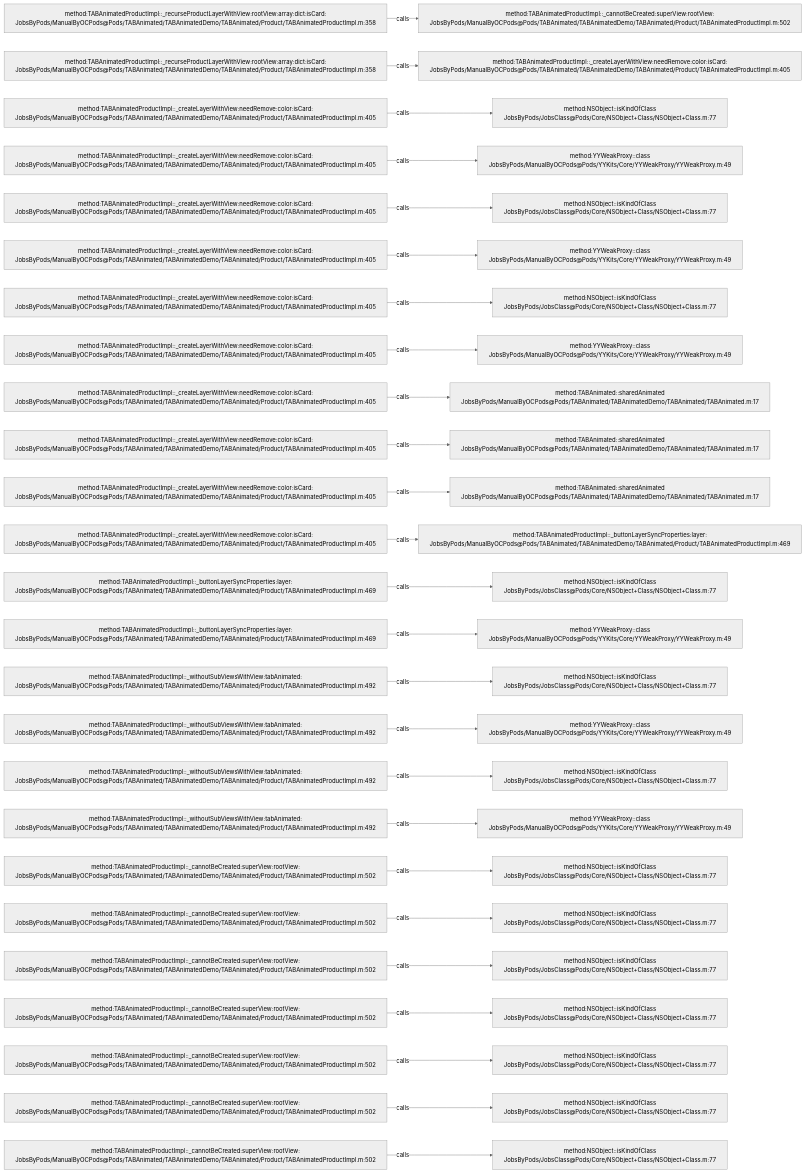
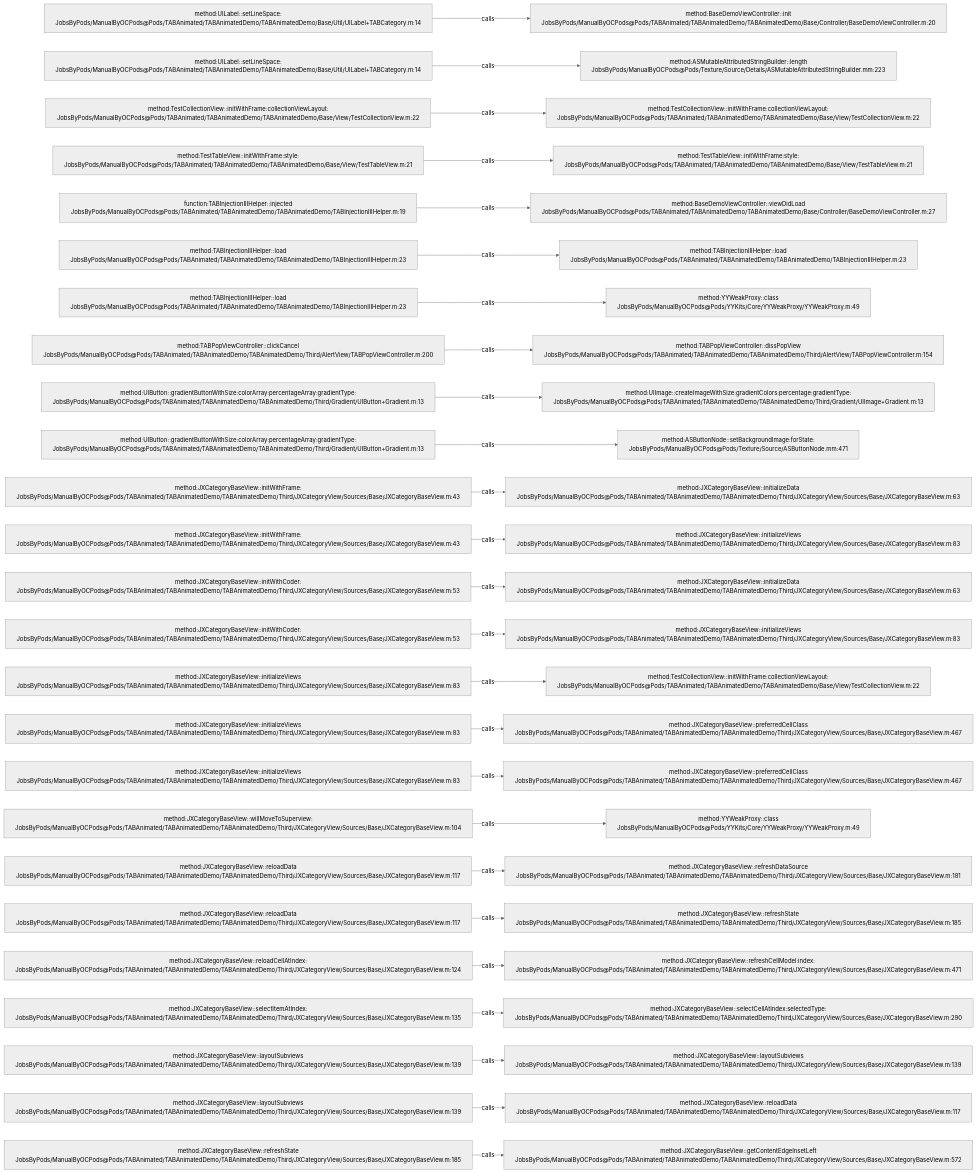
Before and after one commit to JobsKits/JobsOCBaseConfigDemo: the diagram in .codegraph/codegraph.md/graphs/calls-028.md, drawn with Mermaid (neutral theme). The commit also changed 2723 other files, not shown here.

````diff
--- a/.codegraph/codegraph.md/graphs/calls-028.md
+++ b/.codegraph/codegraph.md/graphs/calls-028.md
@@ -13,78 +13,78 @@
 ```mermaid
 flowchart LR
-  S1["method:TABAnimatedProductImpl::_recurseProductLayerWithView:rootView:array:dict:isCard:<br/>JobsByPods/ManualByOCPods@Pods/TABAnimated/TABAnimatedDemo/TABAnimated/Product/TABAnimatedProductImpl.m:358"]
-  T1["method:TABAnimatedProductImpl::_cannotBeCreated:superView:rootView:<br/>JobsByPods/ManualByOCPods@Pods/TABAnimated/TABAnimatedDemo/TABAnimated/Product/TABAnimatedProductImpl.m:502"]
+  S1["method:UILabel::setLineSpace:<br/>JobsByPods/ManualByOCPods@Pods/TABAnimated/TABAnimatedDemo/TABAnimatedDemo/Base/Util/UILabel+TABCategory.m:14"]
+  T1["method:BaseDemoViewController::init<br/>JobsByPods/ManualByOCPods@Pods/TABAnimated/TABAnimatedDemo/TABAnimatedDemo/Base/Controller/BaseDemoViewController.m:20"]
   S1 -->|calls| T1
-  S2["method:TABAnimatedProductImpl::_recurseProductLayerWithView:rootView:array:dict:isCard:<br/>JobsByPods/ManualByOCPods@Pods/TABAnimated/TABAnimatedDemo/TABAnimated/Product/TABAnimatedProductImpl.m:358"]
-  T2["method:TABAnimatedProductImpl::_createLayerWithView:needRemove:color:isCard:<br/>JobsByPods/ManualByOCPods@Pods/TABAnimated/TABAnimatedDemo/TABAnimated/Product/TABAnimatedProductImpl.m:405"]
+  S2["method:UILabel::setLineSpace:<br/>JobsByPods/ManualByOCPods@Pods/TABAnimated/TABAnimatedDemo/TABAnimatedDemo/Base/Util/UILabel+TABCategory.m:14"]
+  T2["method:ASMutableAttributedStringBuilder::length<br/>JobsByPods/ManualByOCPods@Pods/Texture/Source/Details/ASMutableAttributedStringBuilder.mm:223"]
   S2 -->|calls| T2
-  S3["method:TABAnimatedProductImpl::_createLayerWithView:needRemove:color:isCard:<br/>JobsByPods/ManualByOCPods@Pods/TABAnimated/TABAnimatedDemo/TABAnimated/Product/TABAnimatedProductImpl.m:405"]
-  T3["method:NSObject::isKindOfClass<br/>JobsByPods/JobsClass@Pods/Core/NSObject+Class/NSObject+Class.m:77"]
+  S3["method:TestCollectionView::initWithFrame:collectionViewLayout:<br/>JobsByPods/ManualByOCPods@Pods/TABAnimated/TABAnimatedDemo/TABAnimatedDemo/Base/View/TestCollectionView.m:22"]
+  T3["method:TestCollectionView::initWithFrame:collectionViewLayout:<br/>JobsByPods/ManualByOCPods@Pods/TABAnimated/TABAnimatedDemo/TABAnimatedDemo/Base/View/TestCollectionView.m:22"]
   S3 -->|calls| T3
-  S4["method:TABAnimatedProductImpl::_createLayerWithView:needRemove:color:isCard:<br/>JobsByPods/ManualByOCPods@Pods/TABAnimated/TABAnimatedDemo/TABAnimated/Product/TABAnimatedProductImpl.m:405"]
-  T4["method:YYWeakProxy::class<br/>JobsByPods/ManualByOCPods@Pods/YYKits/Core/YYWeakProxy/YYWeakProxy.m:49"]
+  S4["method:TestTableView::initWithFrame:style:<br/>JobsByPods/ManualByOCPods@Pods/TABAnimated/TABAnimatedDemo/TABAnimatedDemo/Base/View/TestTableView.m:21"]
+  T4["method:TestTableView::initWithFrame:style:<br/>JobsByPods/ManualByOCPods@Pods/TABAnimated/TABAnimatedDemo/TABAnimatedDemo/Base/View/TestTableView.m:21"]
   S4 -->|calls| T4
-  S5["method:TABAnimatedProductImpl::_createLayerWithView:needRemove:color:isCard:<br/>JobsByPods/ManualByOCPods@Pods/TABAnimated/TABAnimatedDemo/TABAnimated/Product/TABAnimatedProductImpl.m:405"]
-  T5["method:NSObject::isKindOfClass<br/>JobsByPods/JobsClass@Pods/Core/NSObject+Class/NSObject+Class.m:77"]
+  S5["function:TABInjectionIIIHelper::injected<br/>JobsByPods/ManualByOCPods@Pods/TABAnimated/TABAnimatedDemo/TABAnimatedDemo/TABInjectionIIIHelper.m:19"]
+  T5["method:BaseDemoViewController::viewDidLoad<br/>JobsByPods/ManualByOCPods@Pods/TABAnimated/TABAnimatedDemo/TABAnimatedDemo/Base/Controller/BaseDemoViewController.m:27"]
   S5 -->|calls| T5
-  S6["method:TABAnimatedProductImpl::_createLayerWithView:needRemove:color:isCard:<br/>JobsByPods/ManualByOCPods@Pods/TABAnimated/TABAnimatedDemo/TABAnimated/Product/TABAnimatedProductImpl.m:405"]
-  T6["method:YYWeakProxy::class<br/>JobsByPods/ManualByOCPods@Pods/YYKits/Core/YYWeakProxy/YYWeakProxy.m:49"]
+  S6["method:TABInjectionIIIHelper::load<br/>JobsByPods/ManualByOCPods@Pods/TABAnimated/TABAnimatedDemo/TABAnimatedDemo/TABInjectionIIIHelper.m:23"]
+  T6["method:TABInjectionIIIHelper::load<br/>JobsByPods/ManualByOCPods@Pods/TABAnimated/TABAnimatedDemo/TABAnimatedDemo/TABInjectionIIIHelper.m:23"]
   S6 -->|calls| T6
-  S7["method:TABAnimatedProductImpl::_createLayerWithView:needRemove:color:isCard:<br/>JobsByPods/ManualByOCPods@Pods/TABAnimated/TABAnimatedDemo/TABAnimated/Product/TABAnimatedProductImpl.m:405"]
-  T7["method:NSObject::isKindOfClass<br/>JobsByPods/JobsClass@Pods/Core/NSObject+Class/NSObject+Class.m:77"]
+  S7["method:TABInjectionIIIHelper::load<br/>JobsByPods/ManualByOCPods@Pods/TABAnimated/TABAnimatedDemo/TABAnimatedDemo/TABInjectionIIIHelper.m:23"]
+  T7["method:YYWeakProxy::class<br/>JobsByPods/ManualByOCPods@Pods/YYKits/Core/YYWeakProxy/YYWeakProxy.m:49"]
   S7 -->|calls| T7
-  S8["method:TABAnimatedProductImpl::_createLayerWithView:needRemove:color:isCard:<br/>JobsByPods/ManualByOCPods@Pods/TABAnimated/TABAnimatedDemo/TABAnimated/Product/TABAnimatedProductImpl.m:405"]
-  T8["method:YYWeakProxy::class<br/>JobsByPods/ManualByOCPods@Pods/YYKits/Core/YYWeakProxy/YYWeakProxy.m:49"]
+  S8["method:TABPopViewController::clickCancel<br/>JobsByPods/ManualByOCPods@Pods/TABAnimated/TABAnimatedDemo/TABAnimatedDemo/Third/AlertView/TABPopViewController.m:200"]
+  T8["method:TABPopViewController::dissPopView<br/>JobsByPods/ManualByOCPods@Pods/TABAnimated/TABAnimatedDemo/TABAnimatedDemo/Third/AlertView/TABPopViewController.m:154"]
   S8 -->|calls| T8
-  S9["method:TABAnimatedProductImpl::_createLayerWithView:needRemove:color:isCard:<br/>JobsByPods/ManualByOCPods@Pods/TABAnimated/TABAnimatedDemo/TABAnimated/Product/TABAnimatedProductImpl.m:405"]
-  T9["method:TABAnimated::sharedAnimated<br/>JobsByPods/ManualByOCPods@Pods/TABAnimated/TABAnimatedDemo/TABAnimated/TABAnimated.m:17"]
+  S9["method:UIButton::gradientButtonWithSize:colorArray:percentageArray:gradientType:<br/>JobsByPods/ManualByOCPods@Pods/TABAnimated/TABAnimatedDemo/TABAnimatedDemo/Third/Gradient/UIButton+Gradient.m:13"]
+  T9["method:UIImage::createImageWithSize:gradientColors:percentage:gradientType:<br/>JobsByPods/ManualByOCPods@Pods/TABAnimated/TABAnimatedDemo/TABAnimatedDemo/Third/Gradient/UIImage+Gradient.m:13"]
   S9 -->|calls| T9
-  S10["method:TABAnimatedProductImpl::_createLayerWithView:needRemove:color:isCard:<br/>JobsByPods/ManualByOCPods@Pods/TABAnimated/TABAnimatedDemo/TABAnimated/Product/TABAnimatedProductImpl.m:405"]
-  T10["method:TABAnimated::sharedAnimated<br/>JobsByPods/ManualByOCPods@Pods/TABAnimated/TABAnimatedDemo/TABAnimated/TABAnimated.m:17"]
+  S10["method:UIButton::gradientButtonWithSize:colorArray:percentageArray:gradientType:<br/>JobsByPods/ManualByOCPods@Pods/TABAnimated/TABAnimatedDemo/TABAnimatedDemo/Third/Gradient/UIButton+Gradient.m:13"]
+  T10["method:ASButtonNode::setBackgroundImage:forState:<br/>JobsByPods/ManualByOCPods@Pods/Texture/Source/ASButtonNode.mm:471"]
   S10 -->|calls| T10
-  S11["method:TABAnimatedProductImpl::_createLayerWithView:needRemove:color:isCard:<br/>JobsByPods/ManualByOCPods@Pods/TABAnimated/TABAnimatedDemo/TABAnimated/Product/TABAnimatedProductImpl.m:405"]
-  T11["method:TABAnimated::sharedAnimated<br/>JobsByPods/ManualByOCPods@Pods/TABAnimated/TABAnimatedDemo/TABAnimated/TABAnimated.m:17"]
+  S11["method:JXCategoryBaseView::initWithFrame:<br/>JobsByPods/ManualByOCPods@Pods/TABAnimated/TABAnimatedDemo/TABAnimatedDemo/Third/JXCategoryView/Sources/Base/JXCategoryBaseView.m:43"]
+  T11["method:JXCategoryBaseView::initializeData<br/>JobsByPods/ManualByOCPods@Pods/TABAnimated/TABAnimatedDemo/TABAnimatedDemo/Third/JXCategoryView/Sources/Base/JXCategoryBaseView.m:63"]
   S11 -->|calls| T11
-  S12["method:TABAnimatedProductImpl::_createLayerWithView:needRemove:color:isCard:<br/>JobsByPods/ManualByOCPods@Pods/TABAnimated/TABAnimatedDemo/TABAnimated/Product/TABAnimatedProductImpl.m:405"]
-  T12["method:TABAnimatedProductImpl::_buttonLayerSyncProperties:layer:<br/>JobsByPods/ManualByOCPods@Pods/TABAnimated/TABAnimatedDemo/TABAnimated/Product/TABAnimatedProductImpl.m:469"]
+  S12["method:JXCategoryBaseView::initWithFrame:<br/>JobsByPods/ManualByOCPods@Pods/TABAnimated/TABAnimatedDemo/TABAnimatedDemo/Third/JXCategoryView/Sources/Base/JXCategoryBaseView.m:43"]
+  T12["method:JXCategoryBaseView::initializeViews<br/>JobsByPods/ManualByOCPods@Pods/TABAnimated/TABAnimatedDemo/TABAnimatedDemo/Third/JXCategoryView/Sources/Base/JXCategoryBaseView.m:83"]
   S12 -->|calls| T12
-  S13["method:TABAnimatedProductImpl::_buttonLayerSyncProperties:layer:<br/>JobsByPods/ManualByOCPods@Pods/TABAnimated/TABAnimatedDemo/TABAnimated/Product/TABAnimatedProductImpl.m:469"]
-  T13["method:NSObject::isKindOfClass<br/>JobsByPods/JobsClass@Pods/Core/NSObject+Class/NSObject+Class.m:77"]
+  S13["method:JXCategoryBaseView::initWithCoder:<br/>JobsByPods/ManualByOCPods@Pods/TABAnimated/TABAnimatedDemo/TABAnimatedDemo/Third/JXCategoryView/Sources/Base/JXCategoryBaseView.m:53"]
+  T13["method:JXCategoryBaseView::initializeData<br/>JobsByPods/ManualByOCPods@Pods/TABAnimated/TABAnimatedDemo/TABAnimatedDemo/Third/JXCategoryView/Sources/Base/JXCategoryBaseView.m:63"]
   S13 -->|calls| T13
-  S14["method:TABAnimatedProductImpl::_buttonLayerSyncProperties:layer:<br/>JobsByPods/ManualByOCPods@Pods/TABAnimated/TABAnimatedDemo/TABAnimated/Product/TABAnimatedProductImpl.m:469"]
-  T14["method:YYWeakProxy::class<br/>JobsByPods/ManualByOCPods@Pods/YYKits/Core/YYWeakProxy/YYWeakProxy.m:49"]
+  S14["method:JXCategoryBaseView::initWithCoder:<br/>JobsByPods/ManualByOCPods@Pods/TABAnimated/TABAnimatedDemo/TABAnimatedDemo/Third/JXCategoryView/Sources/Base/JXCategoryBaseView.m:53"]
+  T14["method:JXCategoryBaseView::initializeViews<br/>JobsByPods/ManualByOCPods@Pods/TABAnimated/TABAnimatedDemo/TABAnimatedDemo/Third/JXCategoryView/Sources/Base/JXCategoryBaseView.m:83"]
   S14 -->|calls| T14
-  S15["method:TABAnimatedProductImpl::_withoutSubViewsWithView:tabAnimated:<br/>JobsByPods/ManualByOCPods@Pods/TABAnimated/TABAnimatedDemo/TABAnimated/Product/TABAnimatedProductImpl.m:492"]
-  T15["method:NSObject::isKindOfClass<br/>JobsByPods/JobsClass@Pods/Core/NSObject+Class/NSObject+Class.m:77"]
+  S15["method:JXCategoryBaseView::initializeViews<br/>JobsByPods/ManualByOCPods@Pods/TABAnimated/TABAnimatedDemo/TABAnimatedDemo/Third/JXCategoryView/Sources/Base/JXCategoryBaseView.m:83"]
+  T15["method:TestCollectionView::initWithFrame:collectionViewLayout:<br/>JobsByPods/ManualByOCPods@Pods/TABAnimated/TABAnimatedDemo/TABAnimatedDemo/Base/View/TestCollectionView.m:22"]
   S15 -->|calls| T15
-  S16["method:TABAnimatedProductImpl::_withoutSubViewsWithView:tabAnimated:<br/>JobsByPods/ManualByOCPods@Pods/TABAnimated/TABAnimatedDemo/TABAnimated/Product/TABAnimatedProductImpl.m:492"]
-  T16["method:YYWeakProxy::class<br/>JobsByPods/ManualByOCPods@Pods/YYKits/Core/YYWeakProxy/YYWeakProxy.m:49"]
+  S16["method:JXCategoryBaseView::initializeViews<br/>JobsByPods/ManualByOCPods@Pods/TABAnimated/TABAnimatedDemo/TABAnimatedDemo/Third/JXCategoryView/Sources/Base/JXCategoryBaseView.m:83"]
+  T16["method:JXCategoryBaseView::preferredCellClass<br/>JobsByPods/ManualByOCPods@Pods/TABAnimated/TABAnimatedDemo/TABAnimatedDemo/Third/JXCategoryView/Sources/Base/JXCategoryBaseView.m:467"]
   S16 -->|calls| T16
-  S17["method:TABAnimatedProductImpl::_withoutSubViewsWithView:tabAnimated:<br/>JobsByPods/ManualByOCPods@Pods/TABAnimated/TABAnimatedDemo/TABAnimated/Product/TABAnimatedProductImpl.m:492"]
-  T17["method:NSObject::isKindOfClass<br/>JobsByPods/JobsClass@Pods/Core/NSObject+Class/NSObject+Class.m:77"]
+  S17["method:JXCategoryBaseView::initializeViews<br/>JobsByPods/ManualByOCPods@Pods/TABAnimated/TABAnimatedDemo/TABAnimatedDemo/Third/JXCategoryView/Sources/Base/JXCategoryBaseView.m:83"]
+  T17["method:JXCategoryBaseView::preferredCellClass<br/>JobsByPods/ManualByOCPods@Pods/TABAnimated/TABAnimatedDemo/TABAnimatedDemo/Third/JXCategoryView/Sources/Base/JXCategoryBaseView.m:467"]
   S17 -->|calls| T17
-  S18["method:TABAnimatedProductImpl::_withoutSubViewsWithView:tabAnimated:<br/>JobsByPods/ManualByOCPods@Pods/TABAnimated/TABAnimatedDemo/TABAnimated/Product/TABAnimatedProductImpl.m:492"]
+  S18["method:JXCategoryBaseView::willMoveToSuperview:<br/>JobsByPods/ManualByOCPods@Pods/TABAnimated/TABAnimatedDemo/TABAnimatedDemo/Third/JXCategoryView/Sources/Base/JXCategoryBaseView.m:104"]
   T18["method:YYWeakProxy::class<br/>JobsByPods/ManualByOCPods@Pods/YYKits/Core/YYWeakProxy/YYWeakProxy.m:49"]
   S18 -->|calls| T18
-  S19["method:TABAnimatedProductImpl::_cannotBeCreated:superView:rootView:<br/>JobsByPods/ManualByOCPods@Pods/TABAnimated/TABAnimatedDemo/TABAnimated/Product/TABAnimatedProductImpl.m:502"]
-  T19["method:NSObject::isKindOfClass<br/>JobsByPods/JobsClass@Pods/Core/NSObject+Class/NSObject+Class.m:77"]
+  S19["method:JXCategoryBaseView::reloadData<br/>JobsByPods/ManualByOCPods@Pods/TABAnimated/TABAnimatedDemo/TABAnimatedDemo/Third/JXCategoryView/Sources/Base/JXCategoryBaseView.m:117"]
+  T19["method:JXCategoryBaseView::refreshDataSource<br/>JobsByPods/ManualByOCPods@Pods/TABAnimated/TABAnimatedDemo/TABAnimatedDemo/Third/JXCategoryView/Sources/Base/JXCategoryBaseView.m:181"]
   S19 -->|calls| T19
-  S20["method:TABAnimatedProductImpl::_cannotBeCreated:superView:rootView:<br/>JobsByPods/ManualByOCPods@Pods/TABAnimated/TABAnimatedDemo/TABAnimated/Product/TABAnimatedProductImpl.m:502"]
-  T20["method:NSObject::isKindOfClass<br/>JobsByPods/JobsClass@Pods/Core/NSObject+Class/NSObject+Class.m:77"]
+  S20["method:JXCategoryBaseView::reloadData<br/>JobsByPods/ManualByOCPods@Pods/TABAnimated/TABAnimatedDemo/TABAnimatedDemo/Third/JXCategoryView/Sources/Base/JXCategoryBaseView.m:117"]
+  T20["method:JXCategoryBaseView::refreshState<br/>JobsByPods/ManualByOCPods@Pods/TABAnimated/TABAnimatedDemo/TABAnimatedDemo/Third/JXCategoryView/Sources/Base/JXCategoryBaseView.m:185"]
   S20 -->|calls| T20
-  S21["method:TABAnimatedProductImpl::_cannotBeCreated:superView:rootView:<br/>JobsByPods/ManualByOCPods@Pods/TABAnimated/TABAnimatedDemo/TABAnimated/Product/TABAnimatedProductImpl.m:502"]
-  T21["method:NSObject::isKindOfClass<br/>JobsByPods/JobsClass@Pods/Core/NSObject+Class/NSObject+Class.m:77"]
+  S21["method:JXCategoryBaseView::reloadCellAtIndex:<br/>JobsByPods/ManualByOCPods@Pods/TABAnimated/TABAnimatedDemo/TABAnimatedDemo/Third/JXCategoryView/Sources/Base/JXCategoryBaseView.m:124"]
+  T21["method:JXCategoryBaseView::refreshCellModel:index:<br/>JobsByPods/ManualByOCPods@Pods/TABAnimated/TABAnimatedDemo/TABAnimatedDemo/Third/JXCategoryView/Sources/Base/JXCategoryBaseView.m:471"]
   S21 -->|calls| T21
-  S22["method:TABAnimatedProductImpl::_cannotBeCreated:superView:rootView:<br/>JobsByPods/ManualByOCPods@Pods/TABAnimated/TABAnimatedDemo/TABAnimated/Product/TABAnimatedProductImpl.m:502"]
-  T22["method:NSObject::isKindOfClass<br/>JobsByPods/JobsClass@Pods/Core/NSObject+Class/NSObject+Class.m:77"]
+  S22["method:JXCategoryBaseView::selectItemAtIndex:<br/>JobsByPods/ManualByOCPods@Pods/TABAnimated/TABAnimatedDemo/TABAnimatedDemo/Third/JXCategoryView/Sources/Base/JXCategoryBaseView.m:135"]
+  T22["method:JXCategoryBaseView::selectCellAtIndex:selectedType:<br/>JobsByPods/ManualByOCPods@Pods/TABAnimated/TABAnimatedDemo/TABAnimatedDemo/Third/JXCategoryView/Sources/Base/JXCategoryBaseView.m:290"]
   S22 -->|calls| T22
-  S23["method:TABAnimatedProductImpl::_cannotBeCreated:superView:rootView:<br/>JobsByPods/ManualByOCPods@Pods/TABAnimated/TABAnimatedDemo/TABAnimated/Product/TABAnimatedProductImpl.m:502"]
-  T23["method:NSObject::isKindOfClass<br/>JobsByPods/JobsClass@Pods/Core/NSObject+Class/NSObject+Class.m:77"]
+  S23["method:JXCategoryBaseView::layoutSubviews<br/>JobsByPods/ManualByOCPods@Pods/TABAnimated/TABAnimatedDemo/TABAnimatedDemo/Third/JXCategoryView/Sources/Base/JXCategoryBaseView.m:139"]
+  T23["method:JXCategoryBaseView::layoutSubviews<br/>JobsByPods/ManualByOCPods@Pods/TABAnimated/TABAnimatedDemo/TABAnimatedDemo/Third/JXCategoryView/Sources/Base/JXCategoryBaseView.m:139"]
   S23 -->|calls| T23
-  S24["method:TABAnimatedProductImpl::_cannotBeCreated:superView:rootView:<br/>JobsByPods/ManualByOCPods@Pods/TABAnimated/TABAnimatedDemo/TABAnimated/Product/TABAnimatedProductImpl.m:502"]
-  T24["method:NSObject::isKindOfClass<br/>JobsByPods/JobsClass@Pods/Core/NSObject+Class/NSObject+Class.m:77"]
+  S24["method:JXCategoryBaseView::layoutSubviews<br/>JobsByPods/ManualByOCPods@Pods/TABAnimated/TABAnimatedDemo/TABAnimatedDemo/Third/JXCategoryView/Sources/Base/JXCategoryBaseView.m:139"]
+  T24["method:JXCategoryBaseView::reloadData<br/>JobsByPods/ManualByOCPods@Pods/TABAnimated/TABAnimatedDemo/TABAnimatedDemo/Third/JXCategoryView/Sources/Base/JXCategoryBaseView.m:117"]
   S24 -->|calls| T24
-  S25["method:TABAnimatedProductImpl::_cannotBeCreated:superView:rootView:<br/>JobsByPods/ManualByOCPods@Pods/TABAnimated/TABAnimatedDemo/TABAnimated/Product/TABAnimatedProductImpl.m:502"]
-  T25["method:NSObject::isKindOfClass<br/>JobsByPods/JobsClass@Pods/Core/NSObject+Class/NSObject+Class.m:77"]
+  S25["method:JXCategoryBaseView::refreshState<br/>JobsByPods/ManualByOCPods@Pods/TABAnimated/TABAnimatedDemo/TABAnimatedDemo/Third/JXCategoryView/Sources/Base/JXCategoryBaseView.m:185"]
+  T25["method:JXCategoryBaseView::getContentEdgeInsetLeft<br/>JobsByPods/ManualByOCPods@Pods/TABAnimated/TABAnimatedDemo/TABAnimatedDemo/Third/JXCategoryView/Sources/Base/JXCategoryBaseView.m:572"]
   S25 -->|calls| T25
 ```
````
